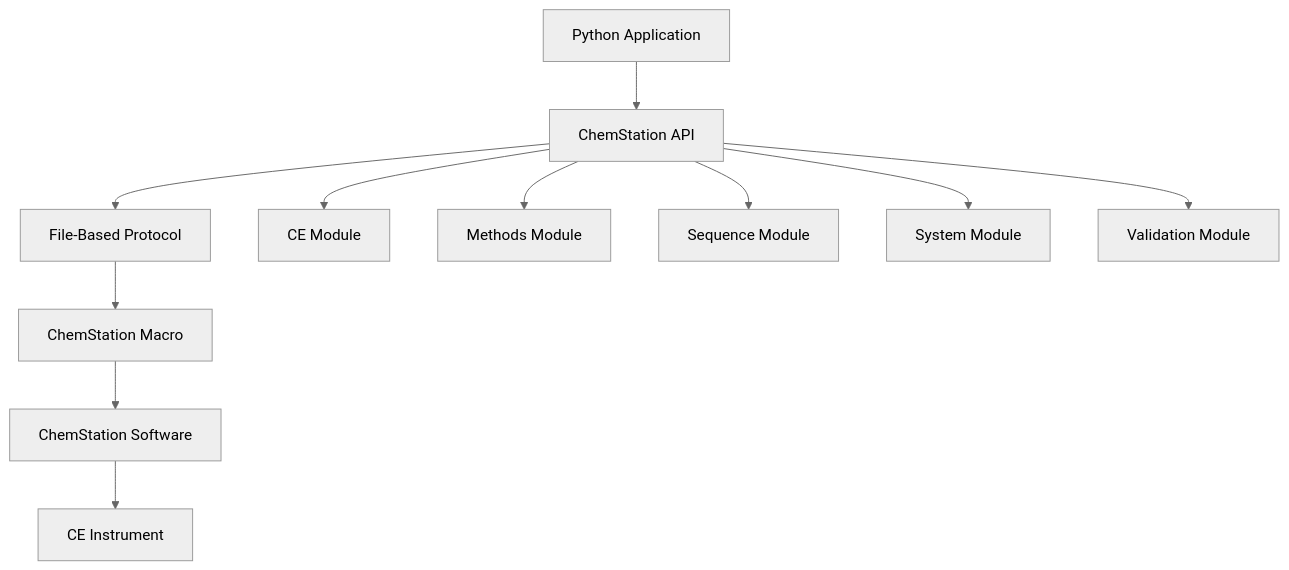
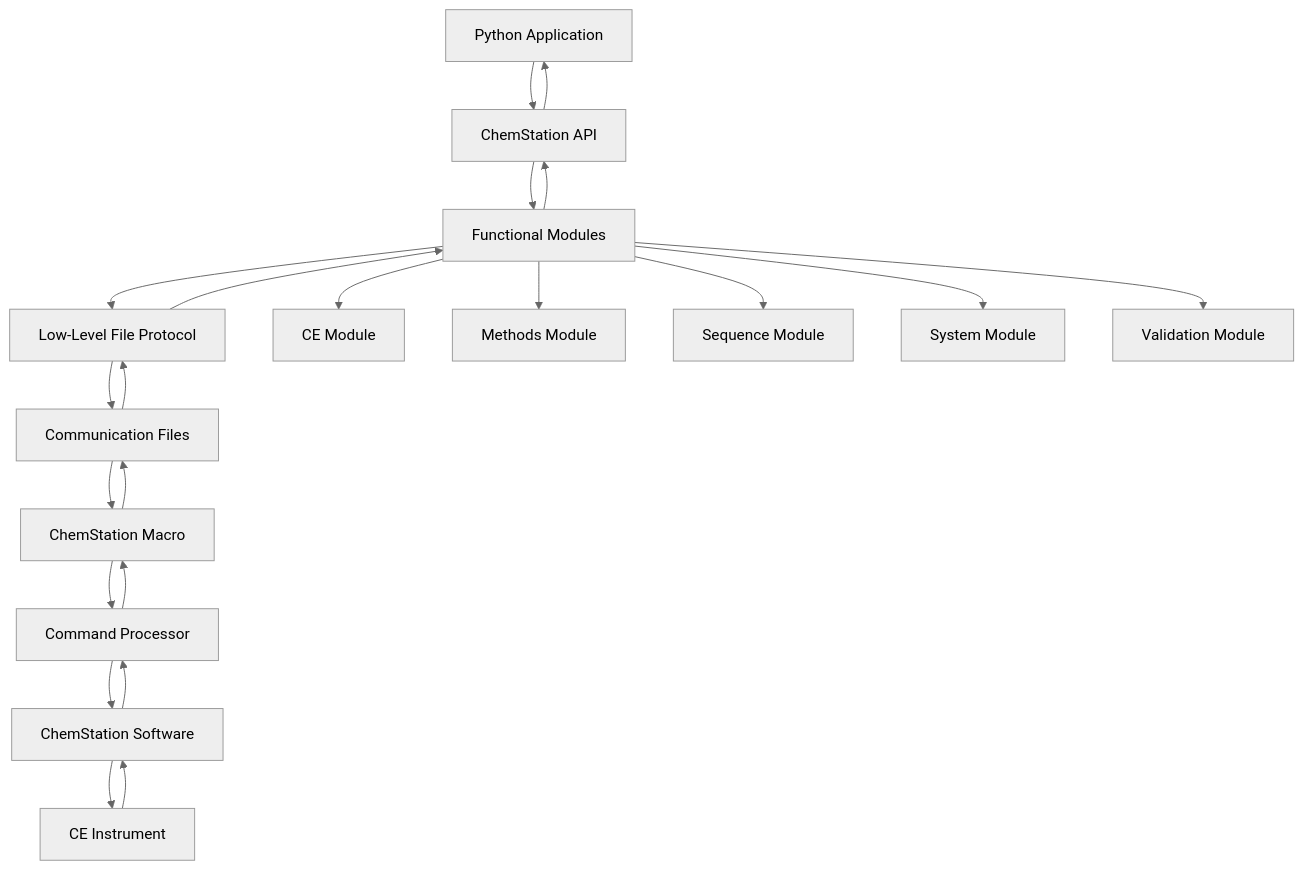
The diagram in SIA-CE/docs/chemstation-api/introduction.md (Xixaus/SIA-CE-code), drawn with Mermaid (neutral theme) before and after one commit. The commit also changed other lines of this file and 1 other file, not shown here.

Commit message:
Aktualizace dokumentace pro ChemStation API

````diff
--- a/SIA-CE/docs/chemstation-api/introduction.md
+++ b/SIA-CE/docs/chemstation-api/introduction.md
@@ -42,14 +47,26 @@
 ```mermaid
 graph TD
     A[Python Application] --> B[ChemStation API]
-    B --> C[File-Based Protocol]
-    C --> D[ChemStation Macro]
-    D --> E[ChemStation Software]
-    E --> F[CE Instrument]
+    B --> C[Functional Modules]
+    C --> D[Low-Level File Protocol]
+    D --> E[Communication Files]
+    E --> F[ChemStation Macro]
+    F --> G[Command Processor]
+    G --> H[ChemStation Software]
+    H --> I[CE Instrument]
     
-    B --> G[CE Module]
-    B --> H[Methods Module]
-    B --> I[Sequence Module]
-    B --> J[System Module]
-    B --> K[Validation Module]
+    I --> H
+    H --> G
+    G --> F
+    F --> E
+    E --> D
+    D --> C
+    C --> B
+    B --> A
+    
+    C --> J[CE Module]
+    C --> K[Methods Module]
+    C --> L[Sequence Module]
+    C --> M[System Module]
+    C --> N[Validation Module]
 ```
````
